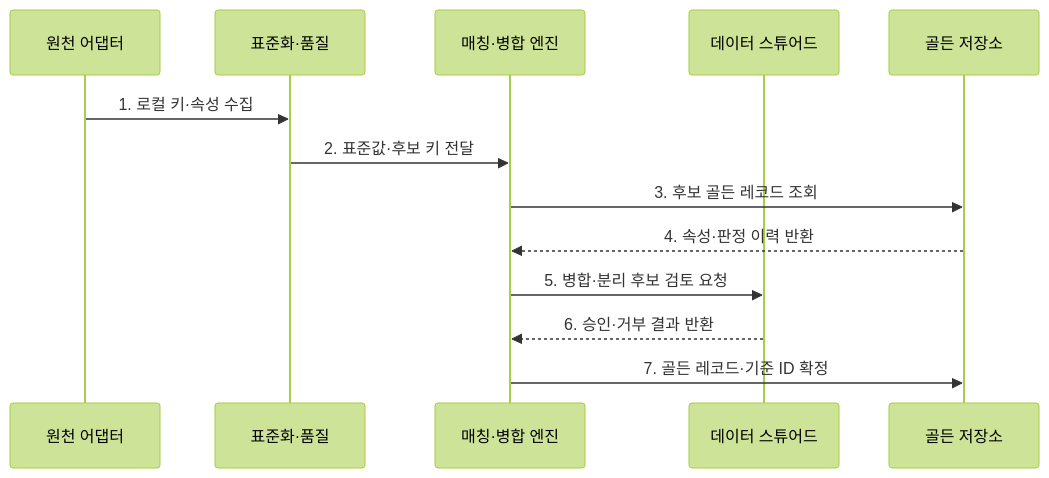
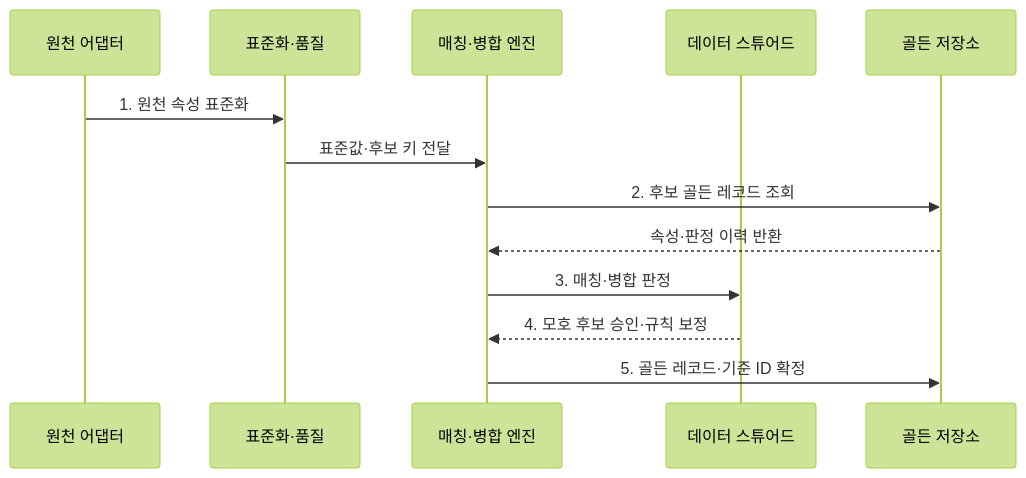
The second of 2 diagrams in src/content/docs/notes/03-software/136_master_data_management.md (agnusdei1207/knowledge-base), drawn with Mermaid (forest theme) before and after one commit. The commit also changed other lines of this file and 238 other files, not shown here.

````diff
--- a/src/content/docs/notes/03-software/136_master_data_management.md
+++ b/src/content/docs/notes/03-software/136_master_data_management.md
@@ -84,15 +84,15 @@
 ```mermaid
 sequenceDiagram
     participant S as 원천 어댑터
     participant N as 표준화·품질
     participant M as 매칭·병합 엔진
     participant A as 데이터 스튜어드
     participant G as 골든 저장소
-    S->>N: 1. 로컬 키·속성 수집
-    N->>M: 2. 표준값·후보 키 전달
-    M->>G: 3. 후보 골든 레코드 조회
-    G-->>M: 4. 속성·판정 이력 반환
-    M->>A: 5. 병합·분리 후보 검토 요청
-    A-->>M: 6. 승인·거부 결과 반환
-    M->>G: 7. 골든 레코드·기준 ID 확정
+    S->>N: 1. 원천 속성 표준화
+    N->>M: 표준값·후보 키 전달
+    M->>G: 2. 후보 골든 레코드 조회
+    G-->>M: 속성·판정 이력 반환
+    M->>A: 3. 매칭·병합 판정
+    A-->>M: 4. 모호 후보 승인·규칙 보정
+    M->>G: 5. 골든 레코드·기준 ID 확정
 ```
````
